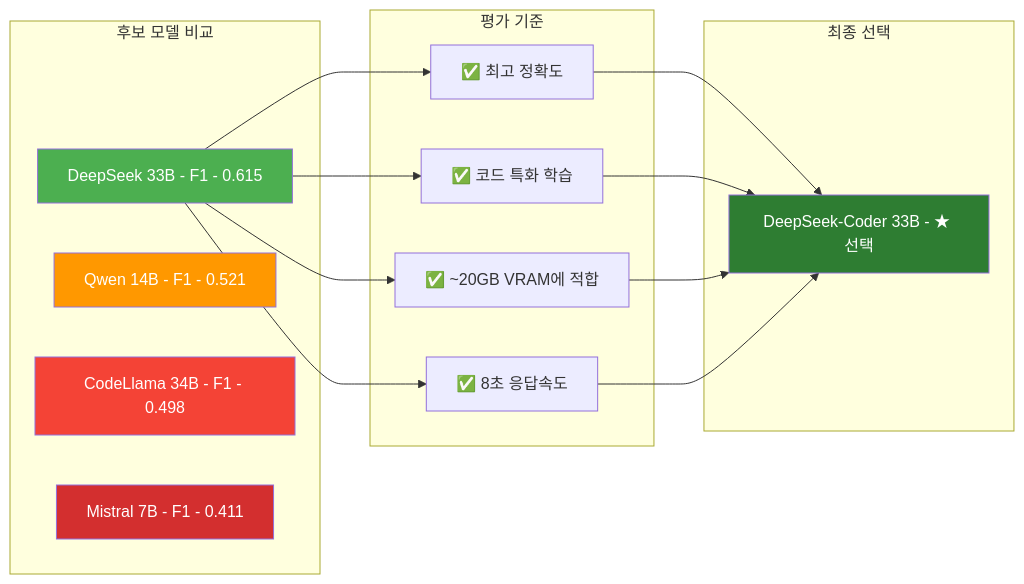
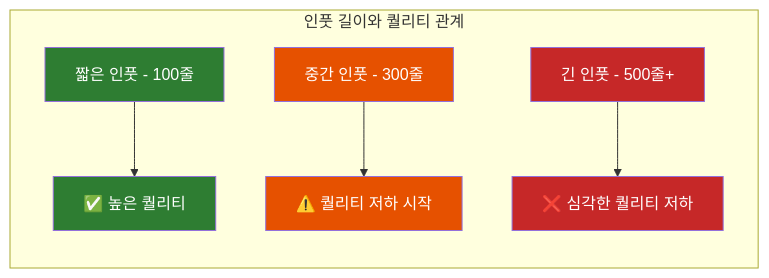
Before and after one commit to ApeachM/llm-code-reviewer: the second of 32 diagrams in PRESENTATION.md, drawn with Mermaid. The commit also changed other lines of this file and 1 other file, not shown here.

First line of the commit message:
docs: Expand "CLAUDE.md" with linting and formatting guidelines, architecture updates, and technique details

````diff
--- a/PRESENTATION.md
+++ b/PRESENTATION.md
@@ -221,29 +72,15 @@
 ```mermaid
 graph LR
-    subgraph "후보 모델 비교"
-        M1[DeepSeek 33B - F1 - 0.615]
-        M2[Qwen 14B - F1 - 0.521]
-        M3[CodeLlama 34B - F1 - 0.498]
-        M4[Mistral 7B - F1 - 0.411]
+    subgraph "인풋 길이와 퀄리티 관계"
+        Short[짧은 인풋 - 100줄] --> Good[✅ 높은 퀄리티]
+        Medium[중간 인풋 - 300줄] --> OK[⚠️ 퀄리티 저하 시작]
+        Long[긴 인풋 - 500줄+] --> Bad[❌ 심각한 퀄리티 저하]
     end
 
-    subgraph "평가 기준"
-        M1 --> C1[✅ 최고 정확도]
-        M1 --> C2[✅ 코드 특화 학습]
-        M1 --> C3[✅ ~20GB VRAM에 적합]
-        M1 --> C4[✅ 8초 응답속도]
-    end
-
-    subgraph "최종 선택"
-        C1 --> Winner[DeepSeek-Coder 33B - ★ 선택]
-        C2 --> Winner
-        C3 --> Winner
-        C4 --> Winner
-    end
-
-    style M1 fill:#4caf50,color:#fff
-    style Winner fill:#2e7d32,color:#fff
-    style M2 fill:#ff9800,color:#fff
-    style M3 fill:#f44336,color:#fff
-    style M4 fill:#d32f2f,color:#fff
+    style Short fill:#2e7d32,color:#fff
+    style Good fill:#2e7d32,color:#fff
+    style Medium fill:#e65100,color:#fff
+    style OK fill:#e65100,color:#fff
+    style Long fill:#c62828,color:#fff
+    style Bad fill:#c62828,color:#fff
 ```
````
